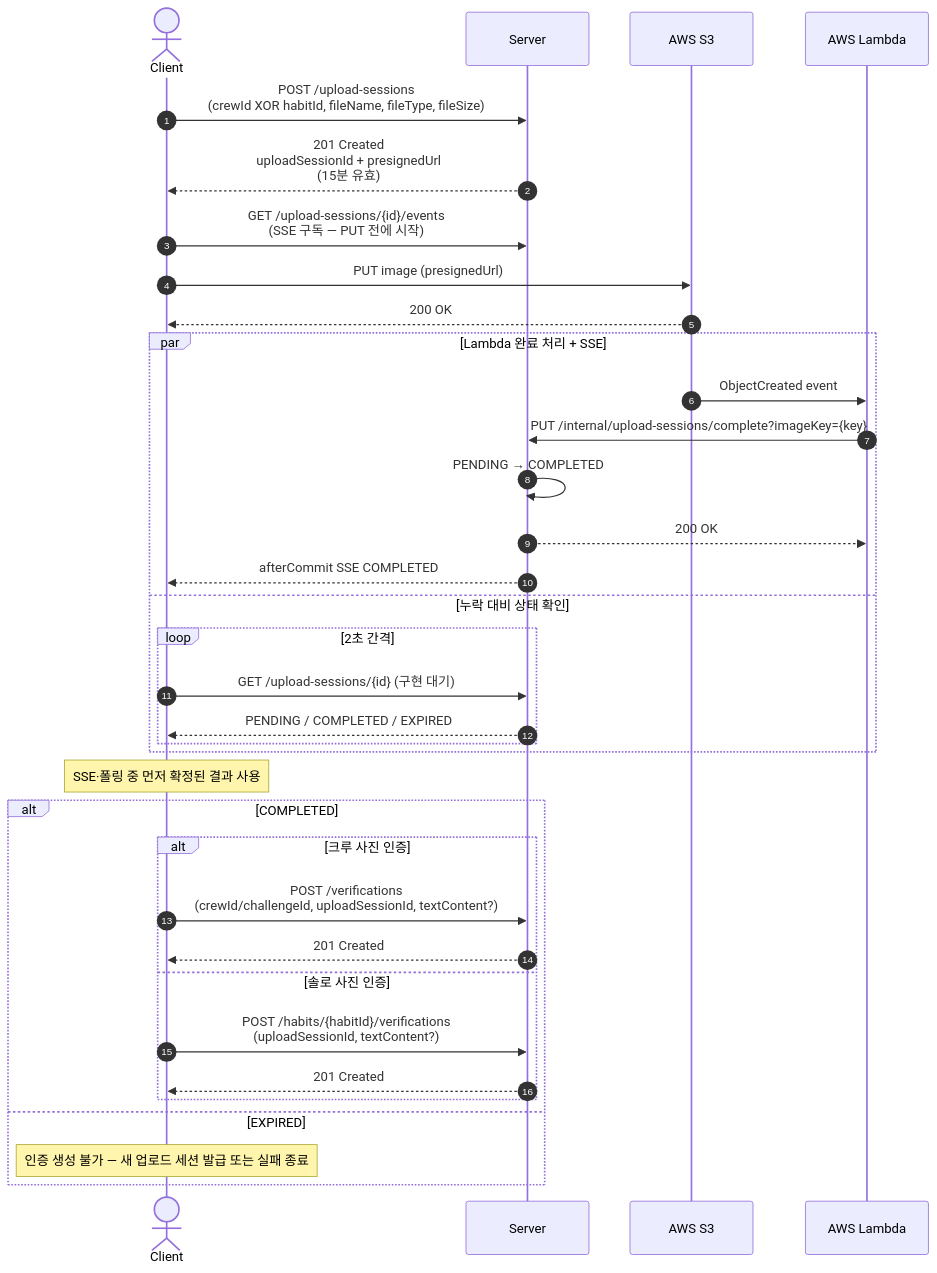
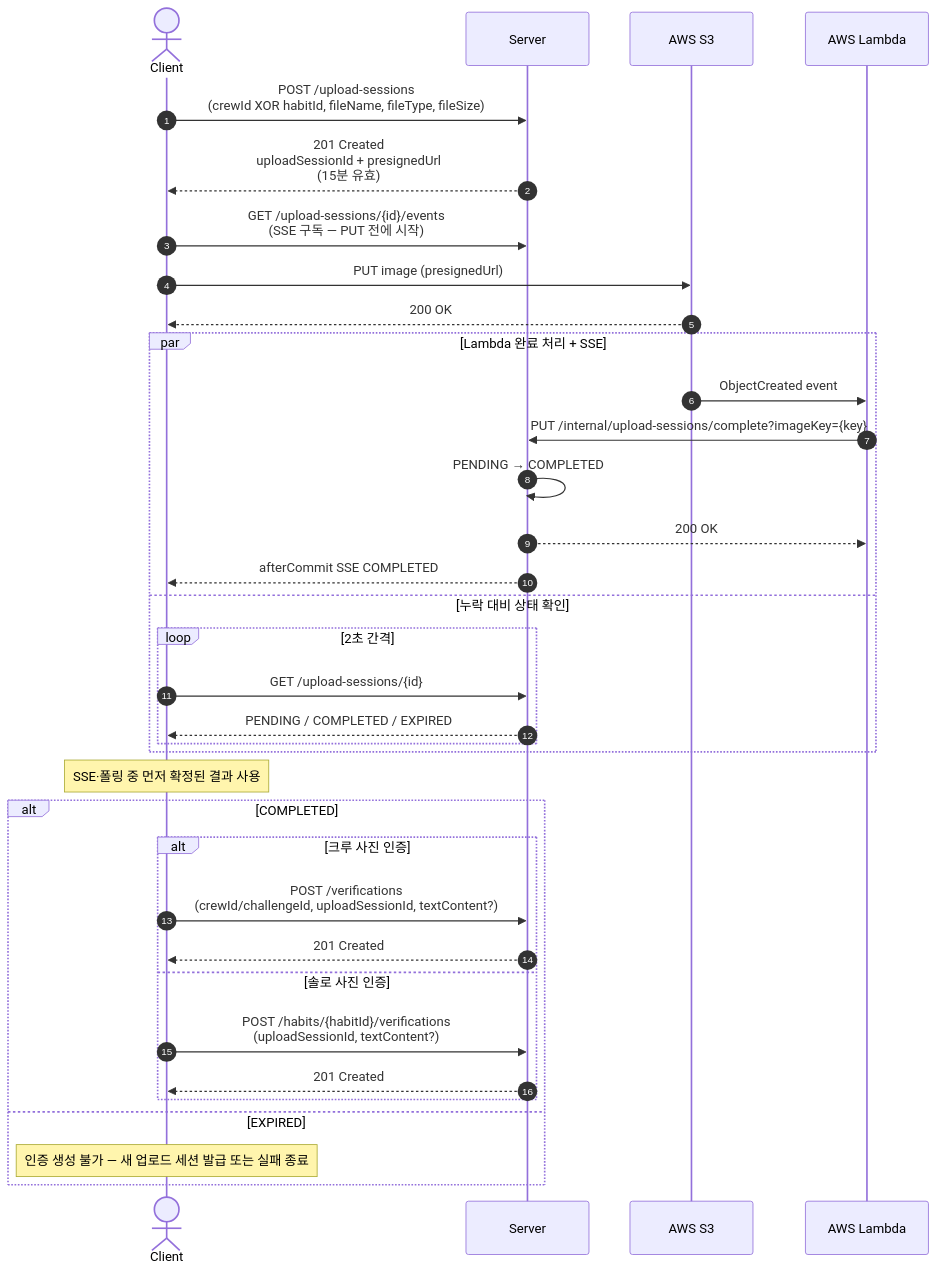
Before and after one commit to JianYang98/TriAgain: the first of 4 diagrams in docs/spec/sequence/verification.md, drawn with Mermaid. The commit also changed other lines of this file and 8 other files, not shown here.

````diff
--- a/docs/spec/sequence/verification.md
+++ b/docs/spec/sequence/verification.md
@@ -7,41 +7,41 @@
 ```mermaid
 sequenceDiagram
     autonumber
     actor Client
     participant Server
     participant S3 as AWS S3
     participant Lambda as AWS Lambda
 
     Client->>Server: POST /upload-sessions<br/>(crewId XOR habitId, fileName, fileType, fileSize)
     Server-->>Client: 201 Created<br/>uploadSessionId + presignedUrl<br/>(15분 유효)
 
     Client->>Server: GET /upload-sessions/{id}/events<br/>(SSE 구독 — PUT 전에 시작)
     Client->>S3: PUT image (presignedUrl)
     S3-->>Client: 200 OK
 
     par Lambda 완료 처리 + SSE
         S3->>Lambda: ObjectCreated event
         Lambda->>Server: PUT /internal/upload-sessions/complete?imageKey={key}
         Server->>Server: PENDING → COMPLETED
         Server-->>Lambda: 200 OK
         Server-->>Client: afterCommit SSE COMPLETED
     and 누락 대비 상태 확인
         loop 2초 간격
-            Client->>Server: GET /upload-sessions/{id} (구현 대기)
+            Client->>Server: GET /upload-sessions/{id}
             Server-->>Client: PENDING / COMPLETED / EXPIRED
         end
     end
 
     Note over Client: SSE·폴링 중 먼저 확정된 결과 사용
     alt COMPLETED
         alt 크루 사진 인증
             Client->>Server: POST /verifications<br/>(crewId/challengeId, uploadSessionId, textContent?)
             Server-->>Client: 201 Created
         else 솔로 사진 인증
             Client->>Server: POST /habits/{habitId}/verifications<br/>(uploadSessionId, textContent?)
             Server-->>Client: 201 Created
         end
     else EXPIRED
         Note over Client: 인증 생성 불가 — 새 업로드 세션 발급 또는 실패 종료
     end
 ```
````
